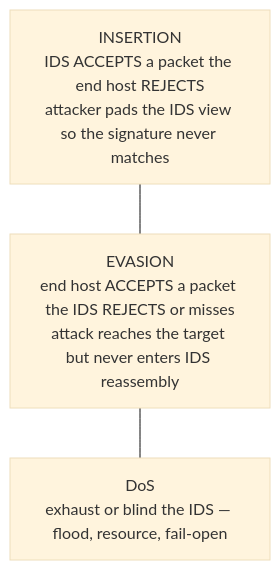
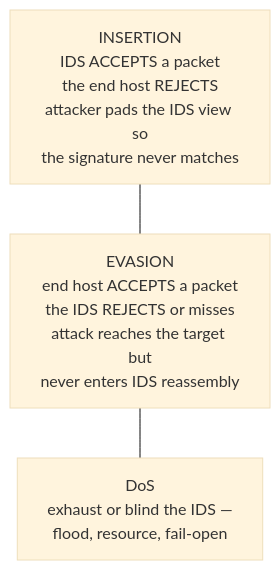
Before and after one commit to morandeirachema/CyberCerts: the second of 2 diagrams in certs/ceh/modules/12-evading-ids-firewalls-honeypots/README.md, drawn with Mermaid (base theme). The commit also changed other lines of this file and 106 other files, not shown here.

````diff
--- a/certs/ceh/modules/12-evading-ids-firewalls-honeypots/README.md
+++ b/certs/ceh/modules/12-evading-ids-firewalls-honeypots/README.md
@@ -59,7 +59,7 @@
 ```mermaid
 flowchart TB
-    INS["INSERTION<br/>IDS ACCEPTS a packet the end host REJECTS<br/>attacker pads the IDS view so the signature never matches"]
-    EVA["EVASION<br/>end host ACCEPTS a packet the IDS REJECTS or misses<br/>attack reaches the target but never enters IDS reassembly"]
-    DOS["DoS<br/>exhaust or blind the IDS — flood, resource, fail-open"]
+    INS["INSERTION<br/>IDS ACCEPTS a packet<br/>the end host REJECTS<br/>attacker pads the IDS view so<br/>the signature never matches"]
+    EVA["EVASION<br/>end host ACCEPTS a packet<br/>the IDS REJECTS or misses<br/>attack reaches the target but<br/>never enters IDS reassembly"]
+    DOS["DoS<br/>exhaust or blind the IDS —<br/>flood, resource, fail-open"]
     INS --- EVA --- DOS
 ```
````
